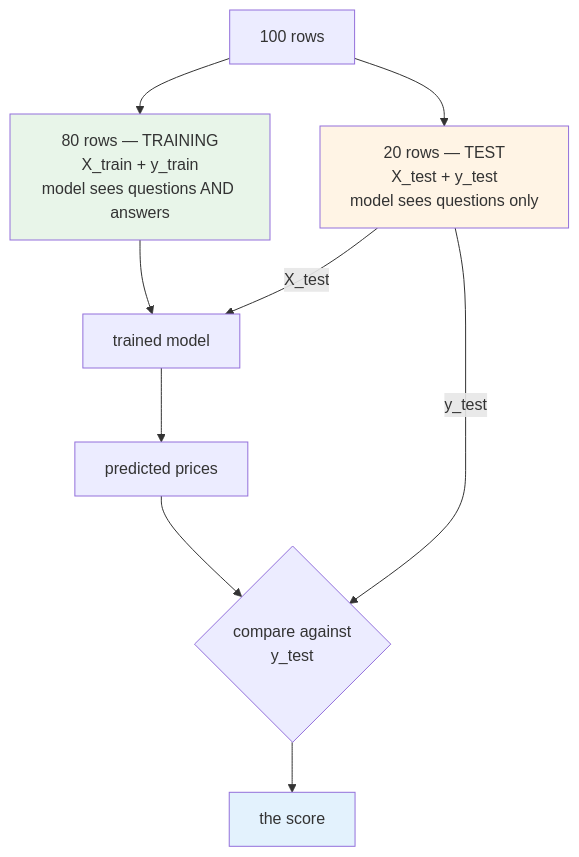
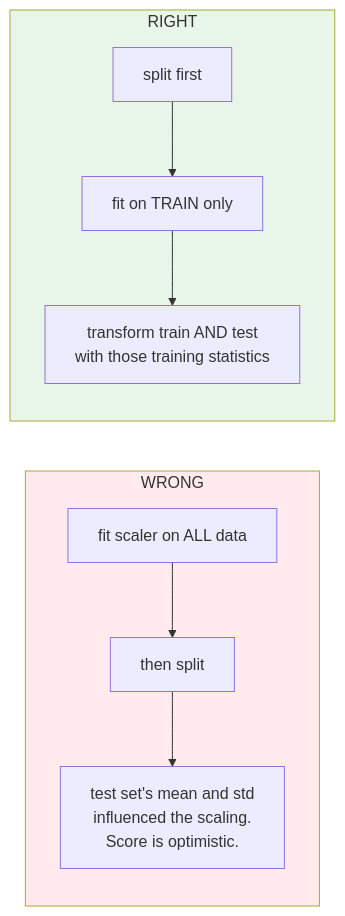
Before and after one commit to schoolofdevops/402-mlops-site: the seventh of 8 diagrams in site/docs/m3-data-to-model/lesson.mdx, drawn with Mermaid. The commit also changed other lines of this file, not shown here.

````diff
--- a/site/docs/m3-data-to-model/lesson.mdx
+++ b/site/docs/m3-data-to-model/lesson.mdx
@@ -232,16 +277,17 @@
 ```mermaid
-flowchart TB
-    ALL["100 rows"] --> TR["80 rows — TRAINING<br/>X_train + y_train<br/>model sees questions AND answers"]
-    ALL --> TE["20 rows — TEST<br/>X_test + y_test<br/>model sees questions only"]
+flowchart LR
+    subgraph W["WRONG"]
+        direction TB
+        W1["fit scaler on ALL data"] --> W2["then split"]
+        W2 --> W3["test set's mean and std<br/>influenced the scaling.<br/>Score is optimistic."]
+    end
 
-    TR --> M["trained model"]
-    TE -->|"X_test"| M
-    M --> P["predicted prices"]
-    P --> CMP{"compare against<br/>y_test"}
-    TE -->|"y_test"| CMP
-    CMP --> S["the score"]
+    subgraph R["RIGHT"]
+        direction TB
+        R1["split first"] --> R2["fit on TRAIN only"]
+        R2 --> R3["transform train AND test<br/>with those training statistics"]
+    end
 
-    style TR fill:#e8f5e9
-    style TE fill:#fff4e5
-    style S fill:#e3f2fd
+    style W fill:#ffebee
+    style R fill:#e8f5e9
 ```
````
